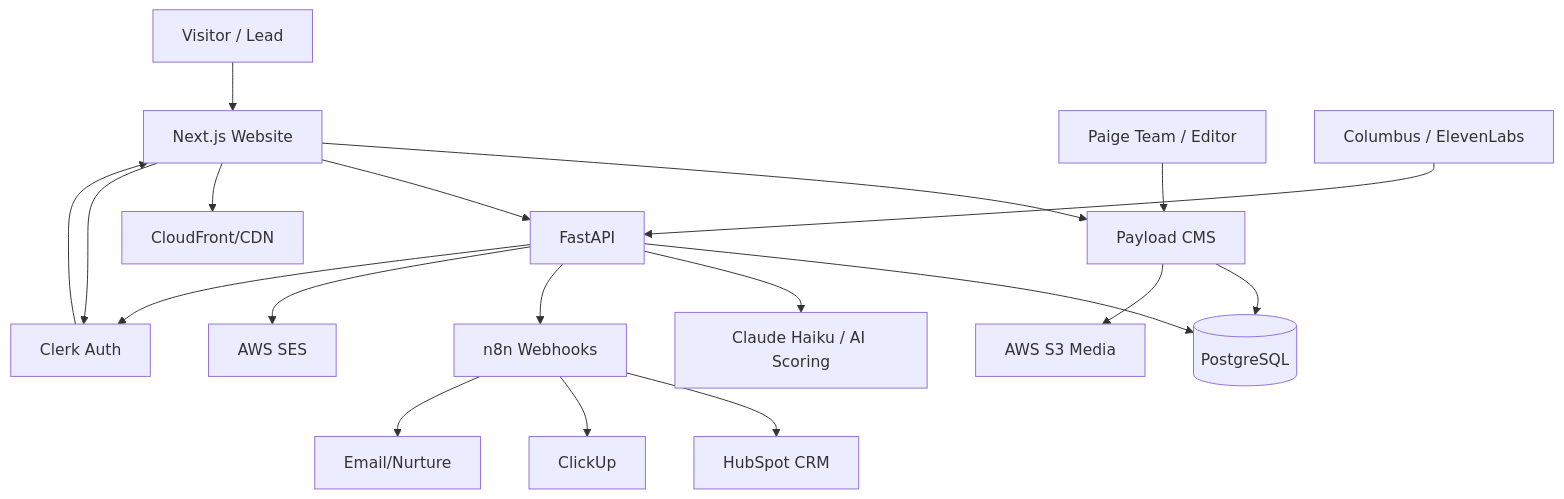
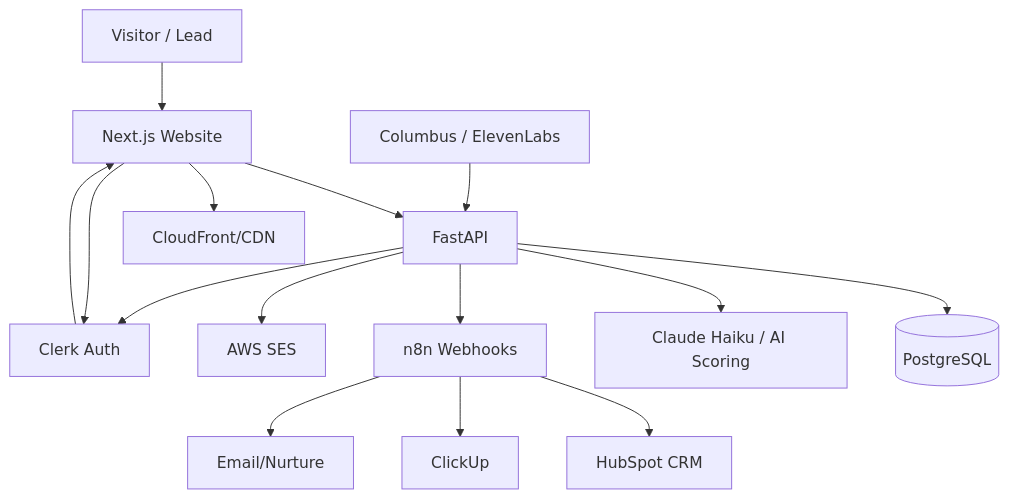
Before and after one commit to shashankshekhar-ai/tbz: the diagram in docs/planning/03_ARCHITECTURE.md, drawn with Mermaid. The commit also changed other lines of this file and 165 other files, not shown here.

First line of the commit message:
feat(web,api): spec-aligned pages, Columbus consent flow, shared heading scale

````diff
--- a/docs/planning/03_ARCHITECTURE.md
+++ b/docs/planning/03_ARCHITECTURE.md
@@ -9,21 +9,17 @@
 ```mermaid
 flowchart TB
   User[Visitor / Lead] --> Web[Next.js Website]
-  Editor[Paige Team / Editor] --> CMS[Payload CMS]
-  Web --> CMS
   Web --> API[FastAPI]
-  CMS --> DB[(PostgreSQL)]
-  API --> DB
+  API --> DB[(PostgreSQL)]
   API --> AI[Claude Haiku / AI Scoring]
   API --> N8N[n8n Webhooks]
   N8N --> HubSpot[HubSpot CRM]
   N8N --> ClickUp[ClickUp]
   N8N --> Mailer[Email/Nurture]
   API --> SES[AWS SES]
-  CMS --> S3[AWS S3 Media]
   Web --> CDN[CloudFront/CDN]
   Columbus[Columbus / ElevenLabs] --> API
   Clerk[Clerk Auth] --> Web
   Web --> Clerk
   API --> Clerk
 ```
````
